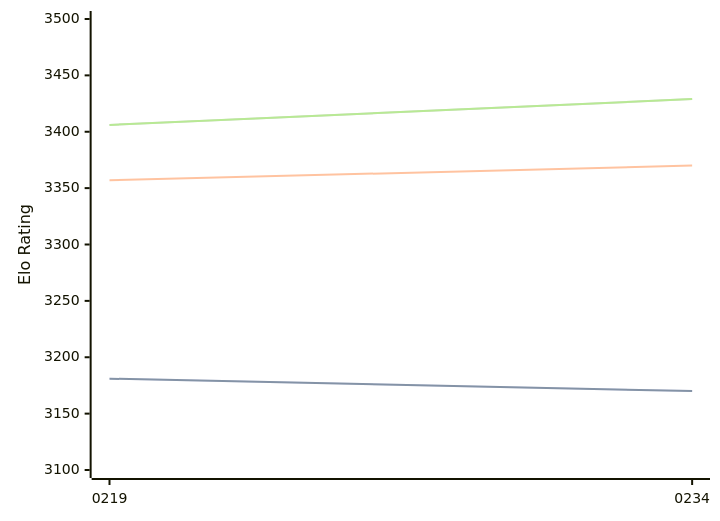
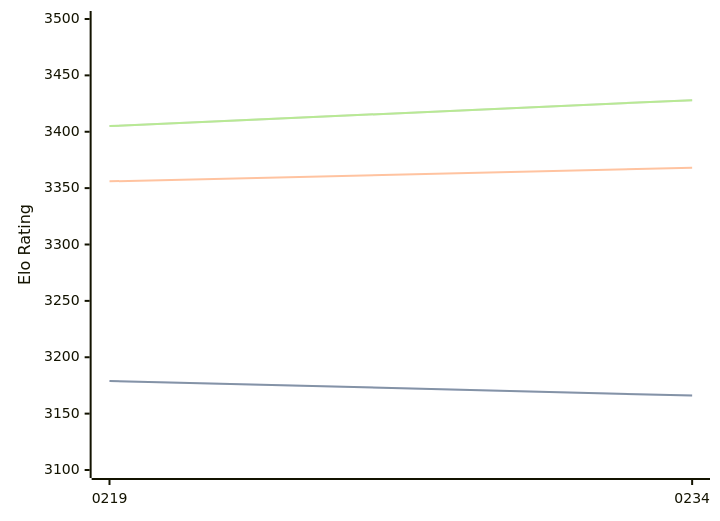
The diagram in engines/Ynode.md (computer-chess-index/cci), drawn with Mermaid before and after one commit. The commit also changed other lines of this file, not shown here.

Commit message:
Update CCI Ratings (ELO VLTC) - 2026-04-26

````diff
--- a/engines/Ynode.md
+++ b/engines/Ynode.md
@@ -39,11 +39,11 @@
 ```mermaid
 %%{init: {"theme":"base","themeVariables":{"seriesColors:['#a3a3a3','#222221','#faa371']}}}%%
 xychart-beta
   x-axis ["0219", "0234"]
   y-axis "Elo Rating" 3100 --> 3500
-  line "STC (8.0+0.08s)" [3181, 3170]
-  line "STC (8.0+0.08s)" [3181, 3170]
-  line "LTC (60.0+0.60s)" [3357, 3370]
-  line "VLTC (2m24s+1.12s)" [3406, 3429]
-  line "VLTC (2m24s+1.12s)" [3406, 3429]
+  line "STC (8.0+0.08s)" [3179, 3166]
+  line "STC (8.0+0.08s)" [3179, 3166]
+  line "LTC (60.0+0.60s)" [3356, 3368]
+  line "VLTC (2m24s+1.12s)" [3405, 3428]
+  line "VLTC (2m24s+1.12s)" [3405, 3428]
 ```
````
